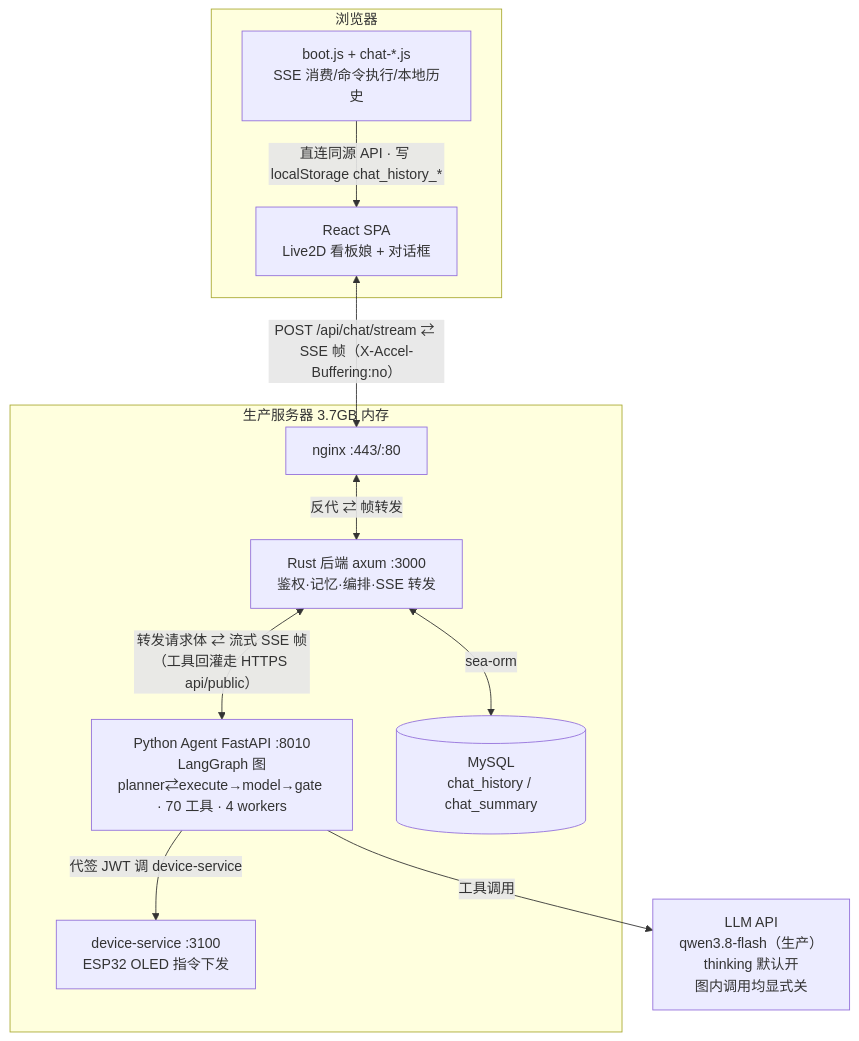
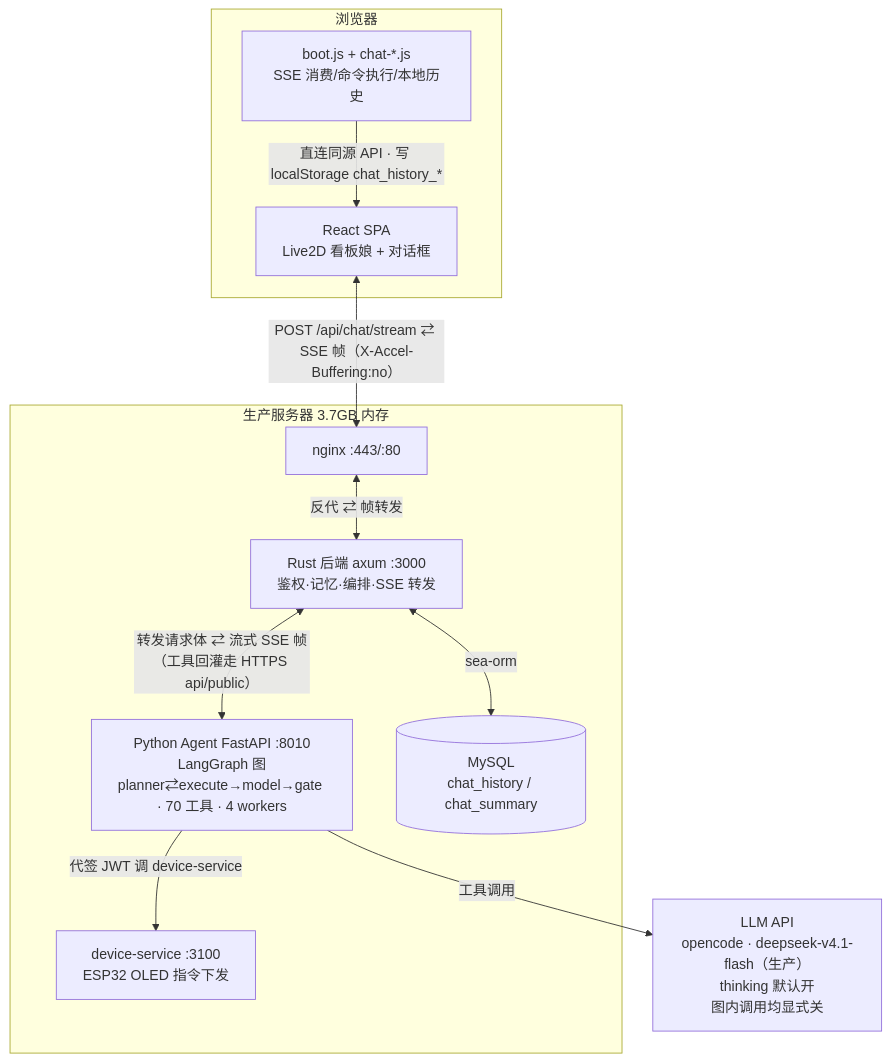
Before and after one commit to BigLeopardCat/saudade-blog-agent: the first of 5 diagrams in docs/agent-architecture.md, drawn with Mermaid. The commit also changed other lines of this file and 1 other file, not shown here.

First line of the commit message:
docs: 把「当前生产用哪家 LLM」改准（README + 架构文档）

````diff
--- a/docs/agent-architecture.md
+++ b/docs/agent-architecture.md
@@ -23,25 +23,25 @@
 ```mermaid
 flowchart TB
     subgraph Browser[浏览器]
         UI[React SPA<br/>Live2D 看板娘 + 对话框]
         AJS[boot.js + chat-*.js<br/>SSE 消费/命令执行/本地历史]
     end
 
     subgraph Server[生产服务器 3.7GB 内存]
         NGX[nginx :443/:80]
         RUST[Rust 后端 axum :3000<br/>鉴权·记忆·编排·SSE 转发]
         AGT[Python Agent FastAPI :8010<br/>LangGraph 图<br/>planner⇄execute→model→gate · 70 工具 · 4 workers]
         MYSQL[(MySQL<br/>chat_history / chat_summary)]
         DEV[device-service :3100<br/>ESP32 OLED 指令下发]
     end
 
-    LLM[LLM API<br/>qwen3.8-flash（生产）<br/>thinking 默认开<br/>图内调用均显式关]
+    LLM[LLM API<br/>opencode · deepseek-v4.1-flash（生产）<br/>thinking 默认开<br/>图内调用均显式关]
 
     UI <-->|"POST /api/chat/stream ⇄ SSE 帧（X-Accel-Buffering:no）"| NGX
     NGX <-->|"反代 ⇄ 帧转发"| RUST
     RUST <-->|"转发请求体 ⇄ 流式 SSE 帧<br/>（工具回灌走 HTTPS api/public）"| AGT
     AJS -->|"直连同源 API · 写 localStorage chat_history_*"| UI
     RUST <-->|sea-orm| MYSQL
     AGT -->|工具调用| LLM
     AGT -->|代签 JWT 调 device-service| DEV
 ```
````
